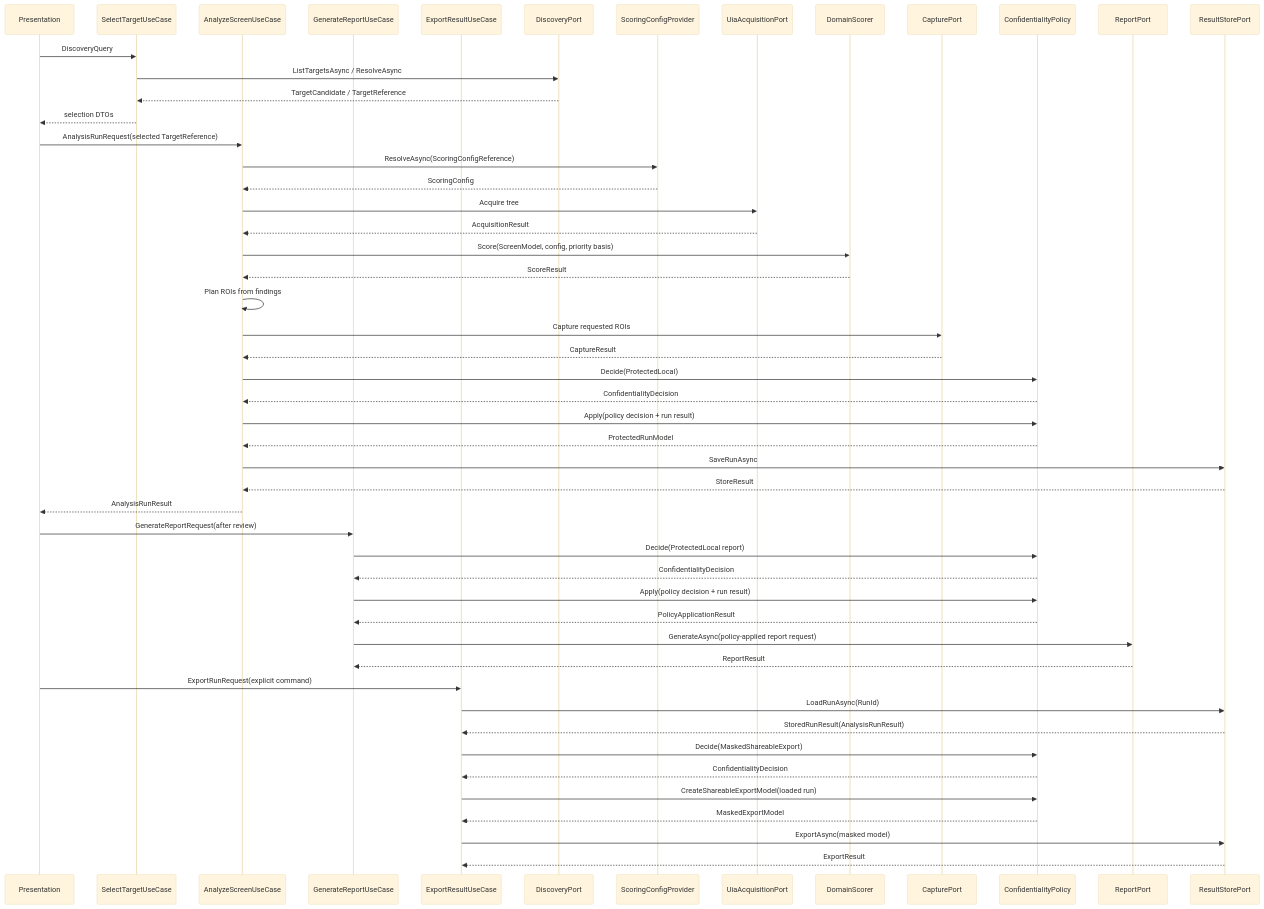
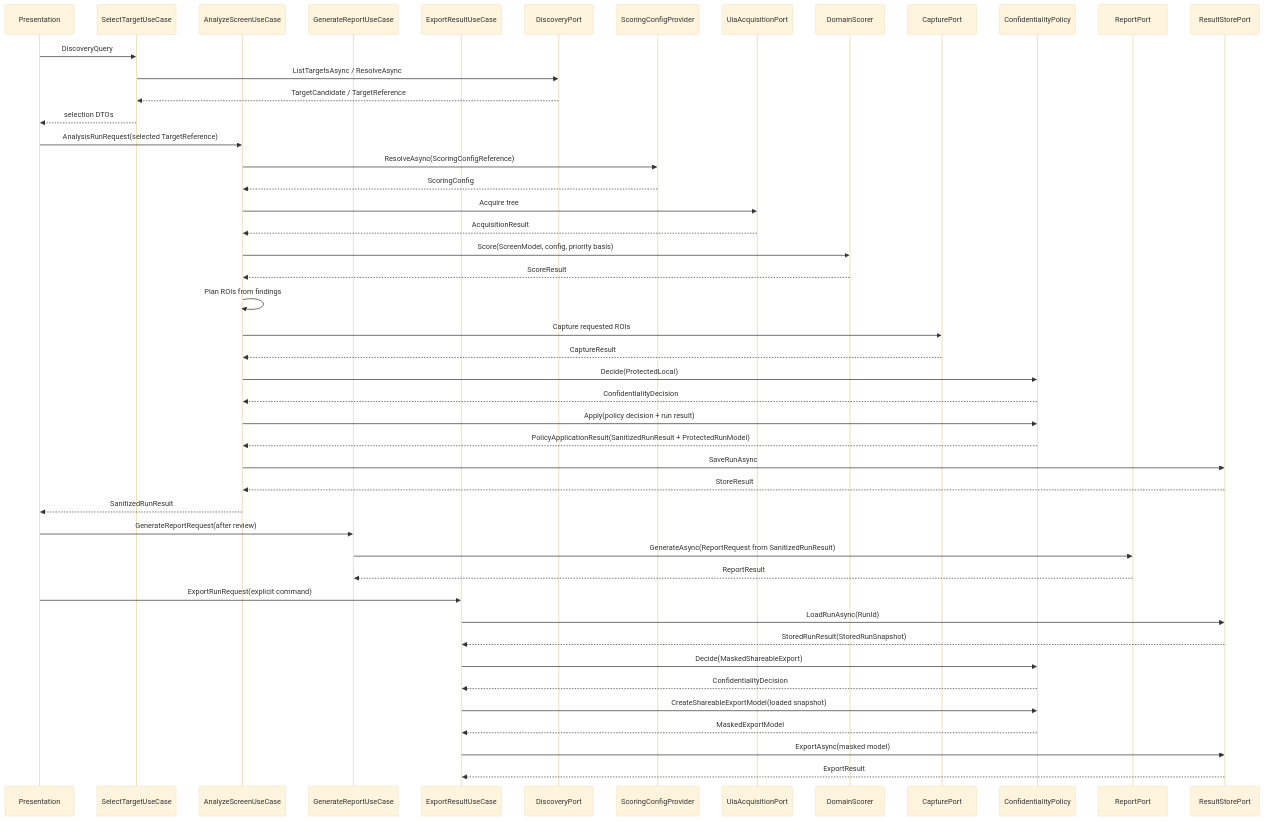
Before and after one commit to urario/Surveyor: the second of 2 diagrams in knowledge/design/des-0011-port-dtos-status-model-and-use-case-orchestration.md, drawn with Mermaid (base theme). The commit also changed other lines of this file and 2 other files, not shown here.

First line of the commit message:
docs: define run snapshot load contract

````diff
--- a/knowledge/design/des-0011-port-dtos-status-model-and-use-case-orchestration.md
+++ b/knowledge/design/des-0011-port-dtos-status-model-and-use-case-orchestration.md
@@ -605,54 +618,50 @@
 ```mermaid
 sequenceDiagram
   participant UI as Presentation
   participant ST as SelectTargetUseCase
   participant AS as AnalyzeScreenUseCase
   participant GR as GenerateReportUseCase
   participant EX as ExportResultUseCase
   participant D as DiscoveryPort
   participant CFG as ScoringConfigProvider
   participant A as UiaAcquisitionPort
   participant S as DomainScorer
   participant C as CapturePort
   participant P as ConfidentialityPolicy
   participant R as ReportPort
   participant Store as ResultStorePort
 
   UI->>ST: DiscoveryQuery
   ST->>D: ListTargetsAsync / ResolveAsync
   D-->>ST: TargetCandidate / TargetReference
   ST-->>UI: selection DTOs
   UI->>AS: AnalysisRunRequest(selected TargetReference)
   AS->>CFG: ResolveAsync(ScoringConfigReference)
   CFG-->>AS: ScoringConfig
   AS->>A: Acquire tree
   A-->>AS: AcquisitionResult
   AS->>S: Score(ScreenModel, config, priority basis)
   S-->>AS: ScoreResult
   AS->>AS: Plan ROIs from findings
   AS->>C: Capture requested ROIs
   C-->>AS: CaptureResult
   AS->>P: Decide(ProtectedLocal)
   P-->>AS: ConfidentialityDecision
   AS->>P: Apply(policy decision + run result)
-  P-->>AS: ProtectedRunModel
+  P-->>AS: PolicyApplicationResult(SanitizedRunResult + ProtectedRunModel)
   AS->>Store: SaveRunAsync
   Store-->>AS: StoreResult
-  AS-->>UI: AnalysisRunResult
+  AS-->>UI: SanitizedRunResult
   UI->>GR: GenerateReportRequest(after review)
-  GR->>P: Decide(ProtectedLocal report)
-  P-->>GR: ConfidentialityDecision
-  GR->>P: Apply(policy decision + run result)
-  P-->>GR: PolicyApplicationResult
-  GR->>R: GenerateAsync(policy-applied report request)
+  GR->>R: GenerateAsync(ReportRequest from SanitizedRunResult)
   R-->>GR: ReportResult
   UI->>EX: ExportRunRequest(explicit command)
   EX->>Store: LoadRunAsync(RunId)
-  Store-->>EX: StoredRunResult(AnalysisRunResult)
+  Store-->>EX: StoredRunResult(StoredRunSnapshot)
   EX->>P: Decide(MaskedShareableExport)
   P-->>EX: ConfidentialityDecision
-  EX->>P: CreateShareableExportModel(loaded run)
+  EX->>P: CreateShareableExportModel(loaded snapshot)
   P-->>EX: MaskedExportModel
   EX->>Store: ExportAsync(masked model)
   Store-->>EX: ExportResult
 ```
````
